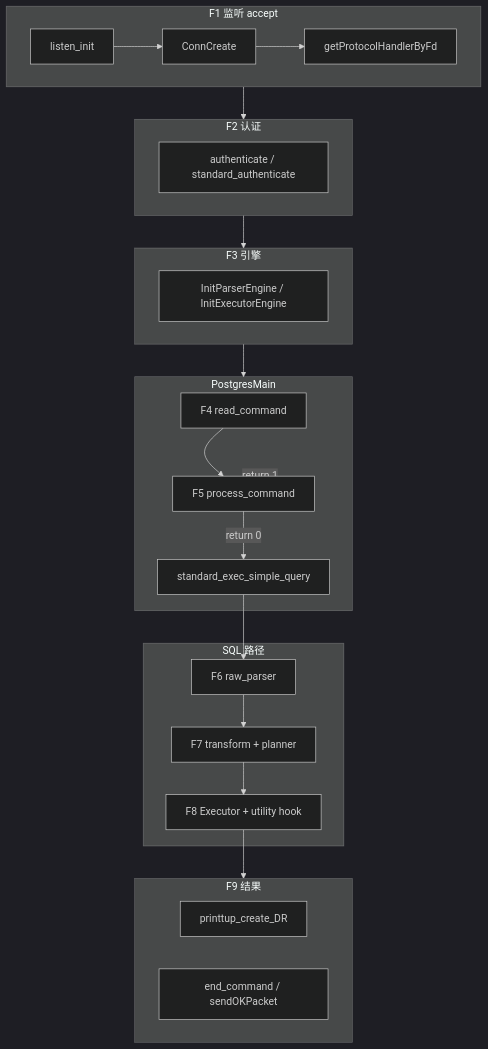
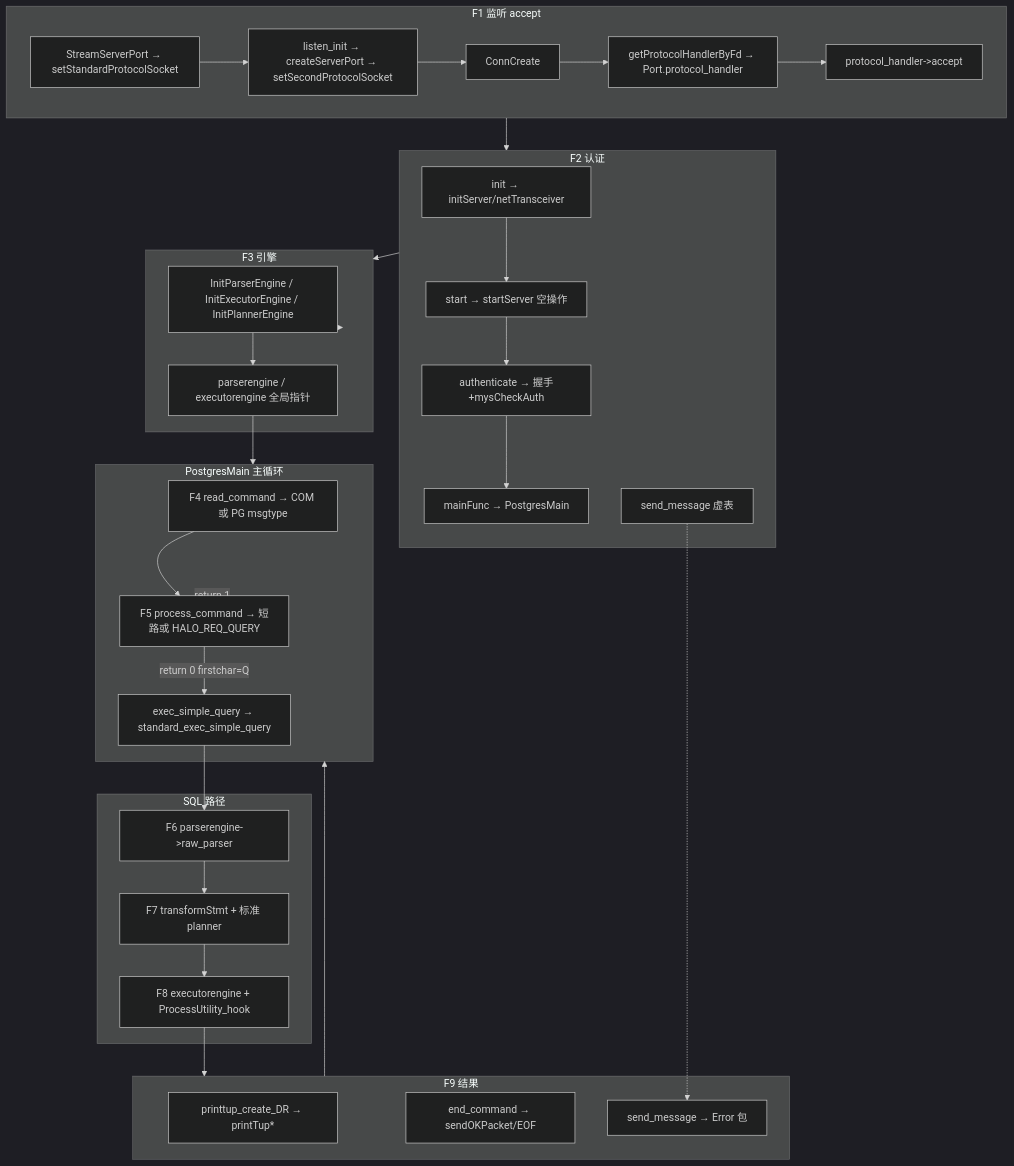
One commit to Meta11ic0/fluffynotes changed the fifth of 6 diagrams in database/openhalo/openhalo-mysql-compatibility.md. Above: the diagram before and after it, drawn with Mermaid (dark theme). The commit also changed other lines of this file and 3 other files, not shown here.

````diff
--- a/database/openhalo/openhalo-mysql-compatibility.md
+++ b/database/openhalo/openhalo-mysql-compatibility.md
@@ -885,32 +984,48 @@
 ```mermaid
 flowchart TB
     subgraph F1[F1 监听 accept]
-        L[listen_init] --> CC[ConnCreate]
-        CC --> GPH[getProtocolHandlerByFd]
+        SSP[StreamServerPort → setStandardProtocolSocket]
+        LI[listen_init → createServerPort → setSecondProtocolSocket]
+        CC[ConnCreate]
+        GPH[getProtocolHandlerByFd → Port.protocol_handler]
+        ACC[protocol_handler->accept]
     end
     subgraph F2[F2 认证]
-        AUTH[authenticate / standard_authenticate]
+        INIT[init → initServer/netTransceiver]
+        START[start → startServer 空操作]
+        AUTH[authenticate → 握手+mysCheckAuth]
+        MAIN[mainFunc → PostgresMain]
+        SM2[send_message 虚表]
     end
     subgraph F3[F3 引擎]
-        IE[InitParserEngine / InitExecutorEngine]
+        IE[InitParserEngine / InitExecutorEngine / InitPlannerEngine]
+        PE[parserengine / executorengine 全局指针]
     end
-    subgraph Loop[PostgresMain]
-        F4[F4 read_command]
-        F5[F5 process_command]
-        ESQ[standard_exec_simple_query]
+    subgraph Loop[PostgresMain 主循环]
+        F4[F4 read_command → COM 或 PG msgtype]
+        F5[F5 process_command → 短路或 HALO_REQ_QUERY]
+        ESQ[exec_simple_query → standard_exec_simple_query]
     end
     subgraph SQL[SQL 路径]
-        F6[F6 raw_parser]
-        F7[F7 transform + planner]
-        F8[F8 Executor + utility hook]
+        F6[F6 parserengine->raw_parser]
+        F7[F7 transformStmt + 标准 planner]
+        F8[F8 executorengine + ProcessUtility_hook]
     end
     subgraph F9[F9 结果]
-        PT[printtup_create_DR]
-        EC[end_command / sendOKPacket]
+        PT[printtup_create_DR → printTup*]
+        EC[end_command → sendOKPacket/EOF]
+        SM[send_message → Error 包]
     end
-    F1 --> F2 --> F3 --> Loop
+    SSP --> LI
+    LI --> CC
+    CC --> GPH --> ACC
+    F1 --> F2
+    INIT --> START --> AUTH --> MAIN
+    F2 --> F3 --> IE --> PE --> Loop
     F4 --> F5
-    F5 -->|return 0| ESQ
     F5 -->|return 1| Loop
+    F5 -->|return 0 firstchar=Q| ESQ
     ESQ --> F6 --> F7 --> F8 --> F9
+    F9 --> Loop
+    SM2 -.-> SM
 ```
````
